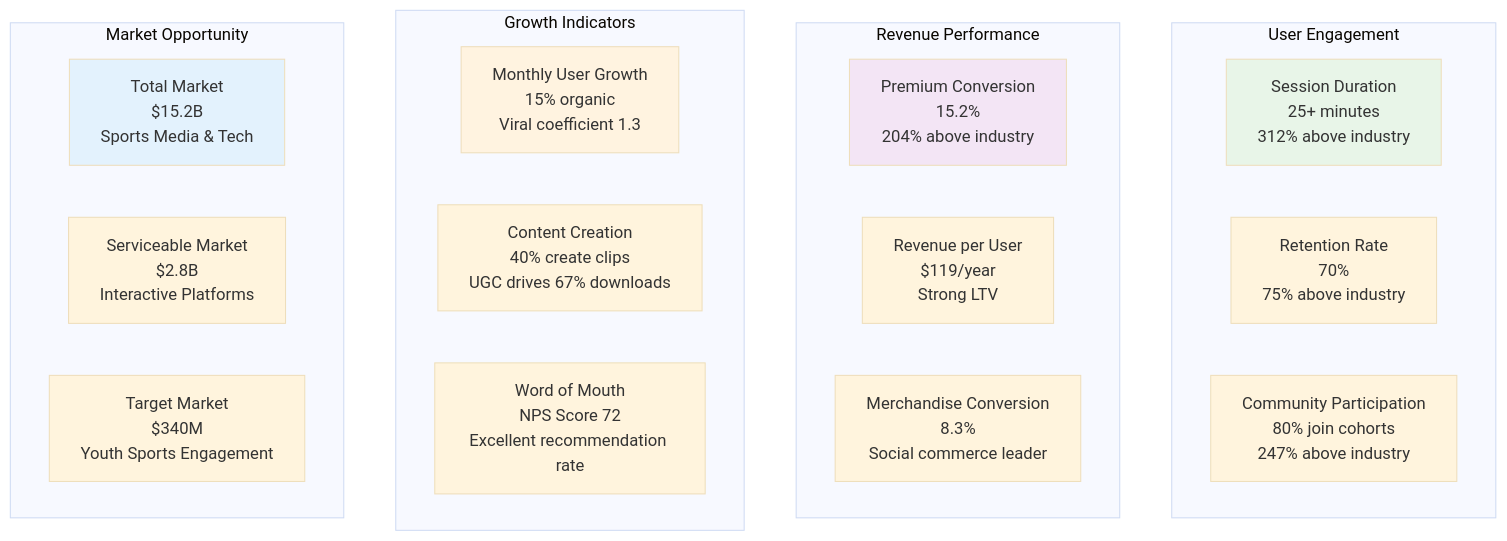
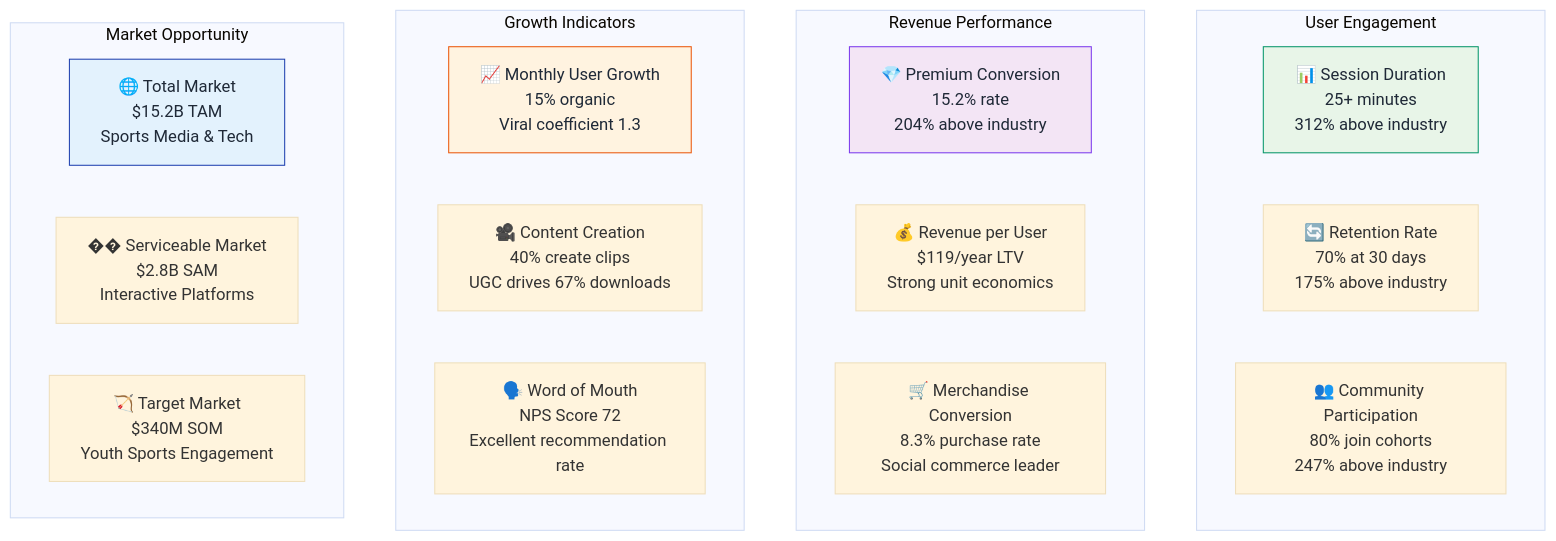
The ninth of 9 diagrams in docs/investor-flows.md (SkaFld-Ignite/ref-u-wireframes), drawn with Mermaid (base theme) before and after one commit. The commit also changed other lines of this file and 1 other file, not shown here.

Commit message:
Enhanced Mermaid plugin configuration with professional theming and fixed Growth Strategy diagram

````diff
--- a/docs/investor-flows.md
+++ b/docs/investor-flows.md
@@ -388,31 +379,31 @@
 ```mermaid
 graph TB
     subgraph "User Engagement"
-        A1[Session Duration<br/>25+ minutes<br/>312% above industry]
-        A2[Retention Rate<br/>70%<br/>75% above industry]
-        A3[Community Participation<br/>80% join cohorts<br/>247% above industry]
+        A1["📊 Session Duration<br/>25+ minutes<br/>312% above industry"]
+        A2["🔄 Retention Rate<br/>70% at 30 days<br/>175% above industry"]
+        A3["👥 Community Participation<br/>80% join cohorts<br/>247% above industry"]
     end
     
     subgraph "Revenue Performance"
-        B1[Premium Conversion<br/>15.2%<br/>204% above industry]
-        B2[Revenue per User<br/>$119/year<br/>Strong LTV]
-        B3[Merchandise Conversion<br/>8.3%<br/>Social commerce leader]
+        B1["💎 Premium Conversion<br/>15.2% rate<br/>204% above industry"]
+        B2["💰 Revenue per User<br/>$119/year LTV<br/>Strong unit economics"]
+        B3["🛒 Merchandise Conversion<br/>8.3% purchase rate<br/>Social commerce leader"]
     end
     
     subgraph "Growth Indicators"
-        C1[Monthly User Growth<br/>15% organic<br/>Viral coefficient 1.3]
-        C2[Content Creation<br/>40% create clips<br/>UGC drives 67% downloads]
-        C3[Word of Mouth<br/>NPS Score 72<br/>Excellent recommendation rate]
+        C1["📈 Monthly User Growth<br/>15% organic<br/>Viral coefficient 1.3"]
+        C2["🎥 Content Creation<br/>40% create clips<br/>UGC drives 67% downloads"]
+        C3["🗣️ Word of Mouth<br/>NPS Score 72<br/>Excellent recommendation rate"]
     end
     
     subgraph "Market Opportunity"
-        D1[Total Market<br/>$15.2B<br/>Sports Media & Tech]
-        D2[Serviceable Market<br/>$2.8B<br/>Interactive Platforms]
-        D3[Target Market<br/>$340M<br/>Youth Sports Engagement]
+        D1["🌐 Total Market<br/>$15.2B TAM<br/>Sports Media & Tech"]
+        D2["�� Serviceable Market<br/>$2.8B SAM<br/>Interactive Platforms"]
+        D3["🏹 Target Market<br/>$340M SOM<br/>Youth Sports Engagement"]
     end
     
-    style A1 fill:#e8f5e8
-    style B1 fill:#f3e5f5
-    style C1 fill:#fff3e0
-    style D1 fill:#e3f2fd
+    style A1 fill:#e8f5e8,stroke:#059669,color:#1f2937
+    style B1 fill:#f3e5f5,stroke:#7c3aed,color:#1f2937
+    style C1 fill:#fff3e0,stroke:#ea580c,color:#1f2937
+    style D1 fill:#e3f2fd,stroke:#1e40af,color:#1f2937
 ```
````
